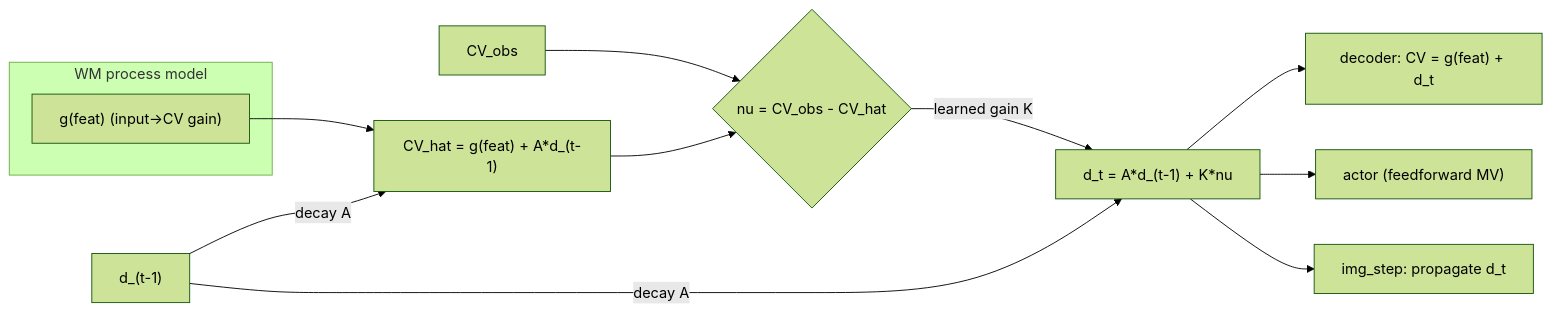
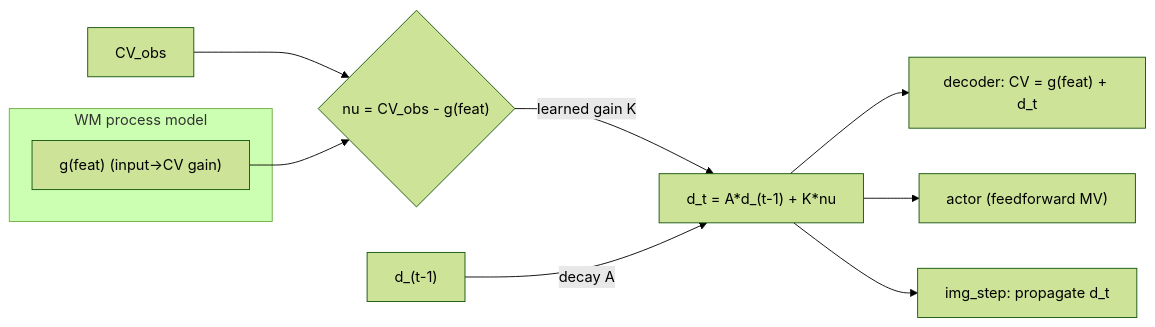
One commit to koitkam/neural-apc-mbrl2 changed the third of 3 diagrams in docs/architecture.md. Above: the diagram before and after it, drawn with Mermaid (forest theme). The commit also changed other lines of this file and 6 other files, not shown here.

````diff
--- a/docs/architecture.md
+++ b/docs/architecture.md
@@ -946,15 +949,13 @@
 ```mermaid
 flowchart LR
   subgraph WMcore["WM process model"]
     G["g(feat) (input->CV gain)"]
   end
-  CVOBS["CV_obs"] --> INNOV{"nu = CV_obs - CV_hat"}
-  G --> PREDADD["CV_hat = g(feat) + A*d_(t-1)"]
-  DPREV["d_(t-1)"] -->|"decay A"| PREDADD
-  PREDADD --> INNOV
+  CVOBS["CV_obs"] --> INNOV{"nu = CV_obs - g(feat)"}
+  G --> INNOV
   INNOV -->|"learned gain K"| DT["d_t = A*d_(t-1) + K*nu"]
-  DPREV -->|"decay A"| DT
+  DPREV["d_(t-1)"] -->|"decay A"| DT
   DT --> DECO["decoder: CV = g(feat) + d_t"]
   DT --> POLFF["actor (feedforward MV)"]
   DT --> IMGP["img_step: propagate d_t"]
 ```
````
